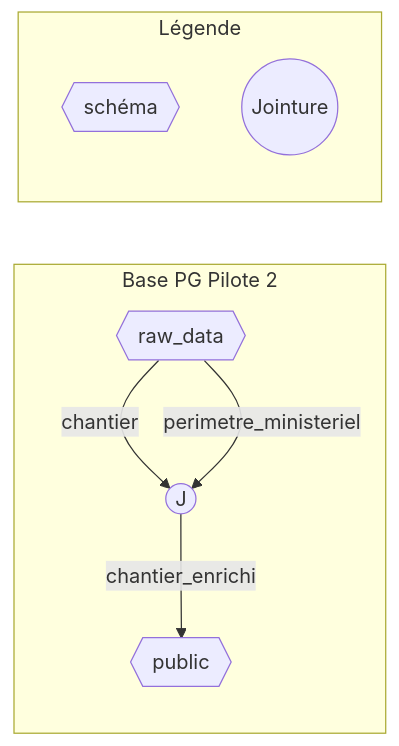
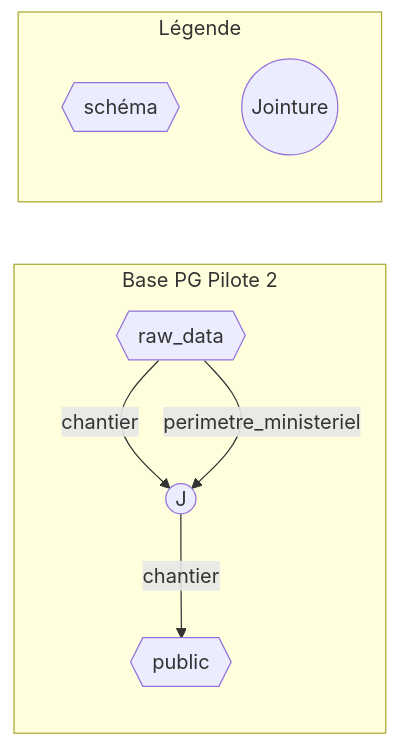
One commit to DITP-pilotage/pilote-2 changed the fifth of 5 diagrams in data/architecture_data.md. Above: the diagram before and after it, drawn with Mermaid. The commit also changed other lines of this file and 1 other file, not shown here.

Commit message:
docs: clean architecture_data.md and renamed chantier_enrichi to chantier (42)

````diff
--- a/data/architecture_data.md
+++ b/data/architecture_data.md
@@ -61,13 +61,13 @@
 ``` mermaid
 graph LR
 subgraph Base PG Pilote 2
     RD{{raw_data}} --> |chantier| J((J))
     RD --> |perimetre_ministeriel| J
-    J --> |chantier_enrichi| PU{{public}}
+    J --> |chantier| PU{{public}}
 end
 
 subgraph Légende
     SCH{{schéma}}
     JOIN((Jointure))
 end
 ```
````
